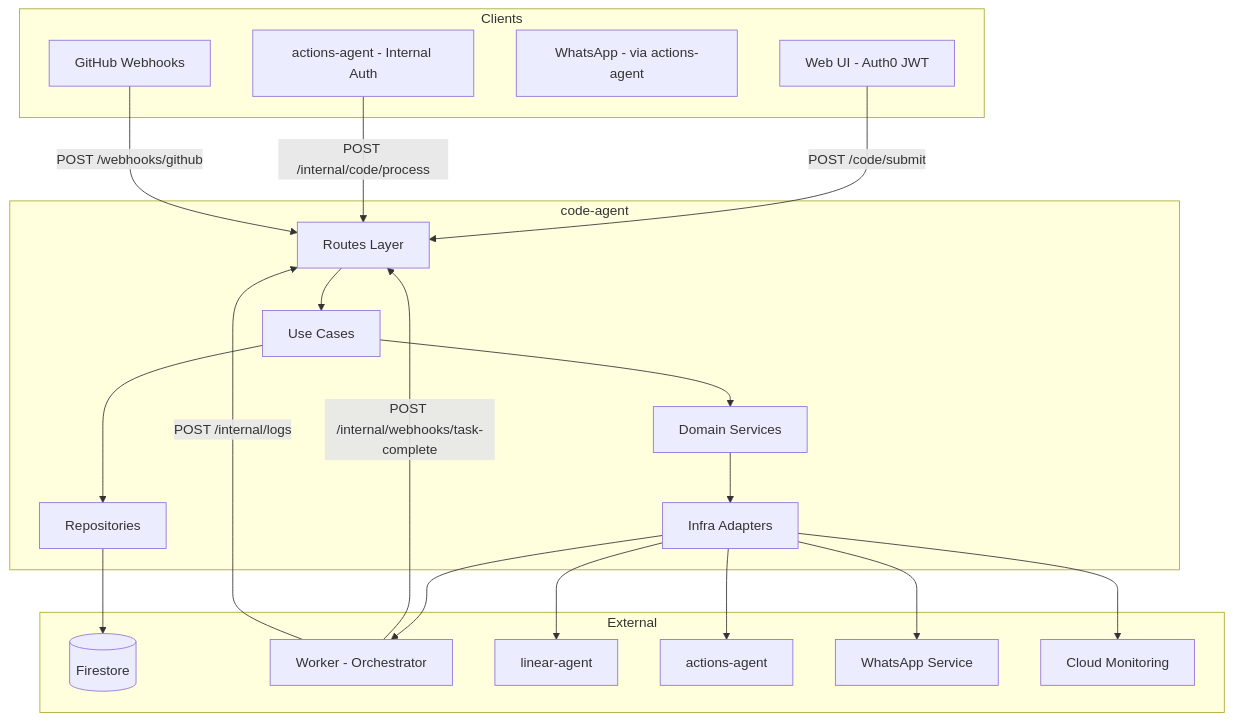
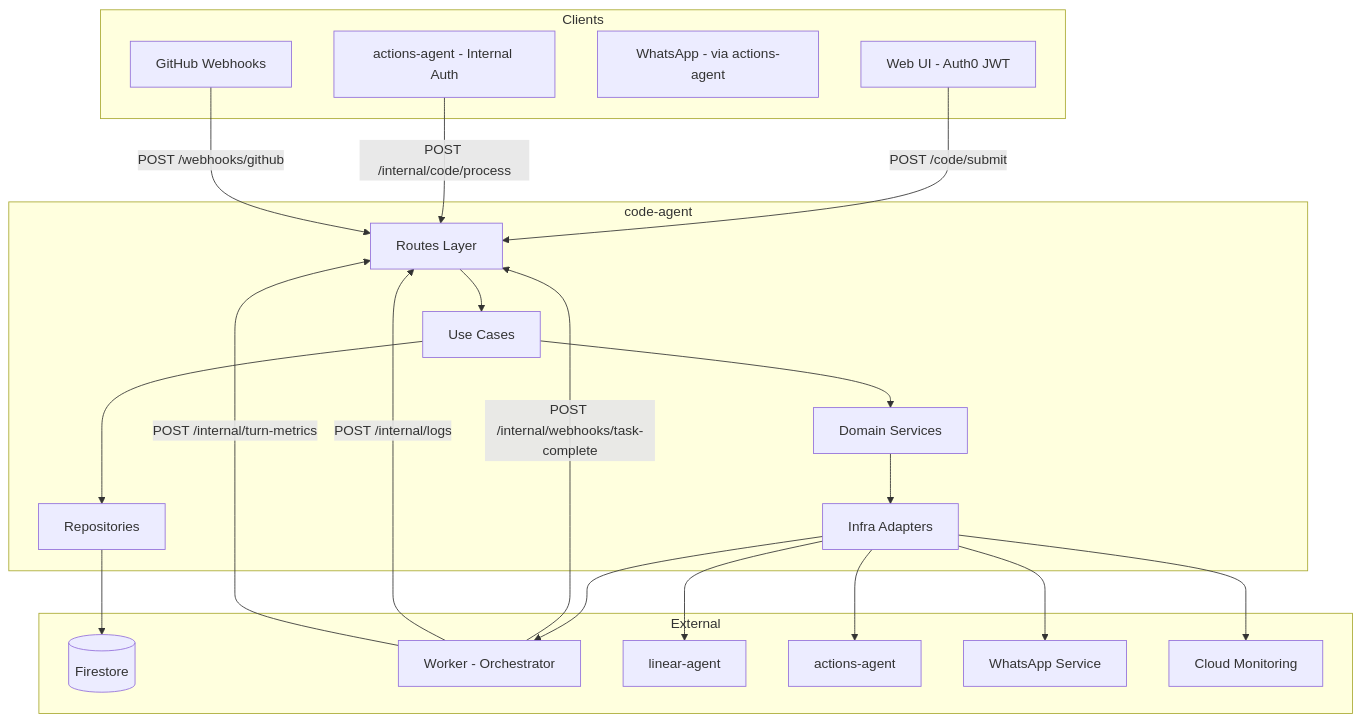
The first of 2 diagrams in docs/services/code-agent/technical.md (pbuchman/intexuraos), drawn with Mermaid before and after one commit. The commit also changed other lines of this file and 102 other files, not shown here.

````diff
--- a/docs/services/code-agent/technical.md
+++ b/docs/services/code-agent/technical.md
@@ -14,44 +14,45 @@
 ```mermaid
 graph TD
     subgraph Clients
         WebUI[Web UI - Auth0 JWT]
         ActionsAgent[actions-agent - Internal Auth]
         WhatsApp[WhatsApp - via actions-agent]
         GitHub[GitHub Webhooks]
     end
 
     subgraph code-agent
         Routes[Routes Layer]
         UseCases[Use Cases]
         DomainServices[Domain Services]
         Repos[Repositories]
         InfraAdapters[Infra Adapters]
     end
 
     subgraph External
         Firestore[(Firestore)]
         Worker[Worker - Orchestrator]
         LinearAgent[linear-agent]
         ActionsAgentSvc[actions-agent]
         WhatsAppSvc[WhatsApp Service]
         CloudMonitoring[Cloud Monitoring]
     end
 
     WebUI -->|POST /code/submit| Routes
     ActionsAgent -->|POST /internal/code/process| Routes
     GitHub -->|POST /webhooks/github| Routes
     Worker -->|POST /internal/webhooks/task-complete| Routes
     Worker -->|POST /internal/logs| Routes
+    Worker -->|POST /internal/turn-metrics| Routes
 
     Routes --> UseCases
     UseCases --> DomainServices
     UseCases --> Repos
     DomainServices --> InfraAdapters
 
     Repos --> Firestore
     InfraAdapters --> Worker
     InfraAdapters --> LinearAgent
     InfraAdapters --> ActionsAgentSvc
     InfraAdapters --> WhatsAppSvc
     InfraAdapters --> CloudMonitoring
 ```
````
